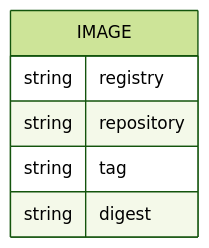
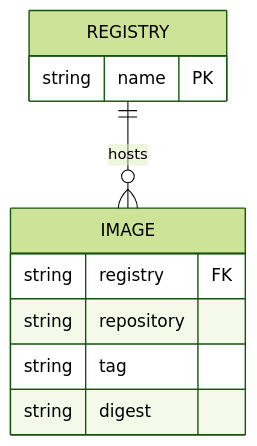
One commit to cosbykit-afk/lampy-single changed the third of 3 diagrams in docs/architecture.md. Above: the diagram before and after it, drawn with Mermaid (forest theme). The commit also changed other lines of this file, not shown here.

Commit message:
docs: improve architecture diagrams — grounded context, DFD, and ERD

````diff
--- a/docs/architecture.md
+++ b/docs/architecture.md
@@ -60,9 +77,13 @@
 ```mermaid
 erDiagram
+    REGISTRY {
+        string name PK
+    }
     IMAGE {
-        string registry
+        string registry FK
         string repository
         string tag
         string digest
     }
+    REGISTRY ||--o{ IMAGE : hosts
 ```
````
